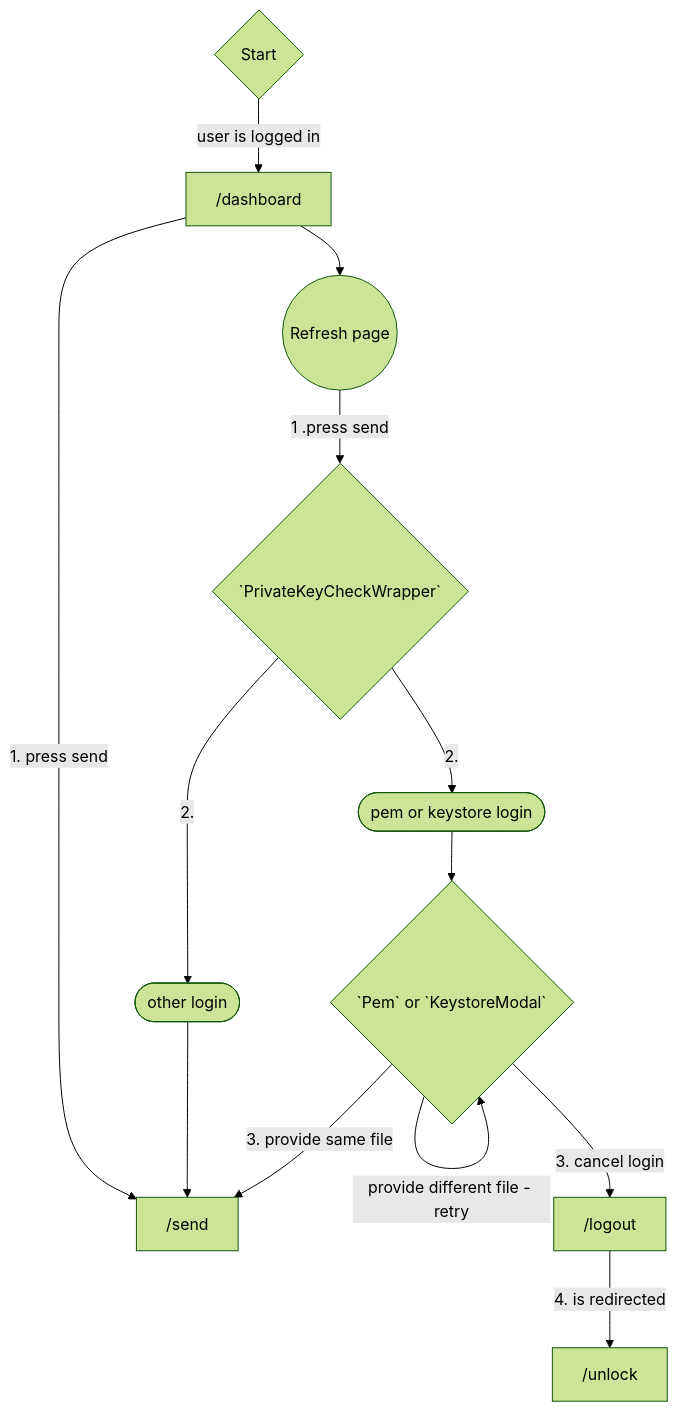
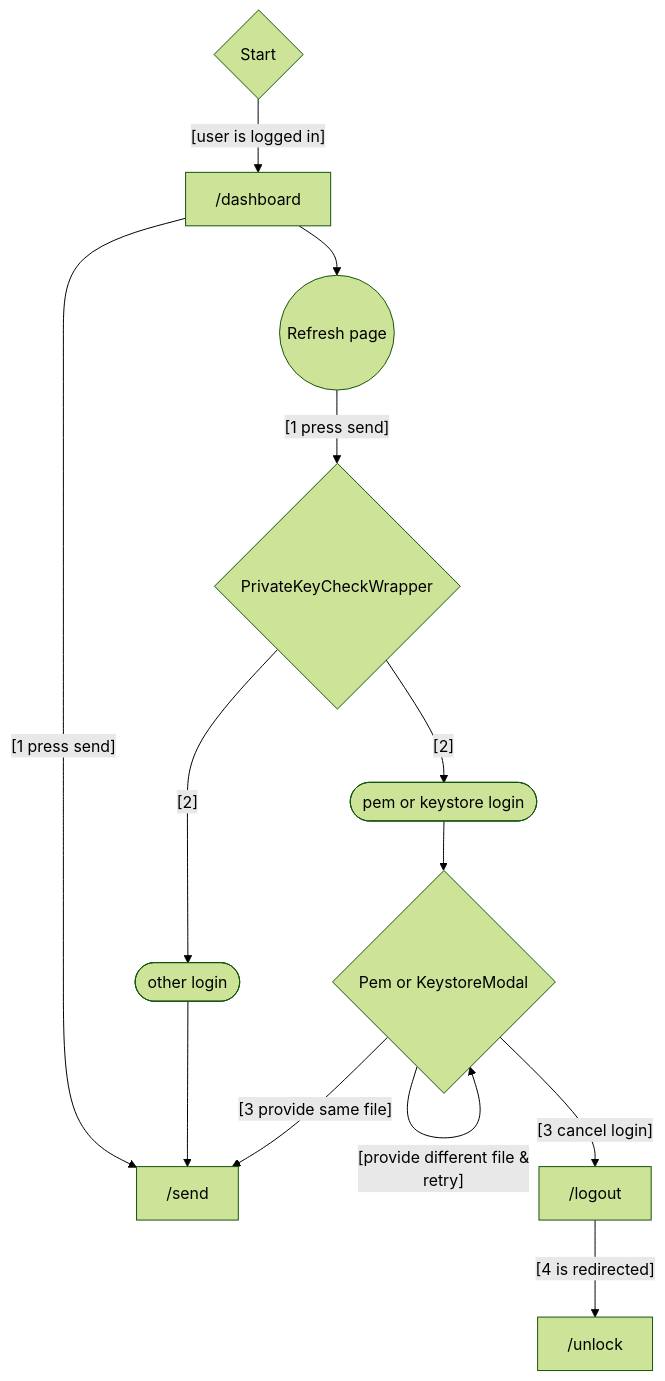
The second of 3 diagrams in README.md (multiversx/mx-lite-wallet-dapp), drawn with Mermaid (forest theme) before and after one commit. The commit also changed other lines of this file, not shown here.

````diff
--- a/README.md
+++ b/README.md
@@ -110,14 +109,14 @@
 ```mermaid
 
 flowchart TB;
-    id5{Start} -- user is logged in --> /dashboard
-    /dashboard -- 1. press send --> /send
-    /dashboard --> id4((Refresh page)) -- 1 .press send --> id0{`PrivateKeyCheckWrapper`}
-	id0{`PrivateKeyCheckWrapper`} -- 2. --> id1([other login]) --> /send
-	id0{`PrivateKeyCheckWrapper`} -- 2. --> id2([pem or keystore login]) --> id3{`PemModal`}
-	id3{`Pem` or `KeystoreModal`} -- 3. provide same file --> /send
-	id3{`Pem` or `KeystoreModal`} -- provide different file - retry --> id3{`Pem` or `KeystoreModal`}
-	id3{`Pem` or `KeystoreModal`} -- 3. cancel login --> /logout
-	/logout -- 4. is redirected --> /unlock
+    id5{Start} -- [user is logged in] --> /dashboard
+    /dashboard -- [1 press send] --> /send
+    /dashboard --> id4((Refresh page)) -- [1 press send] --> id0{PrivateKeyCheckWrapper}
+	id0{PrivateKeyCheckWrapper} -- [2] --> id1([other login]) --> /send
+	id0{PrivateKeyCheckWrapper} -- [2] --> id2([pem or keystore login]) --> id3{`PemModal`}
+	id3{Pem or KeystoreModal} -- [3 provide same file] --> /send
+	id3{Pem or KeystoreModal} -- [provide different file & <br/> retry] --> id3{Pem or KeystoreModal}
+	id3{Pem or KeystoreModal} -- [3 cancel login] --> /logout
+	/logout -- [4 is redirected] --> /unlock
 
 ```
````
